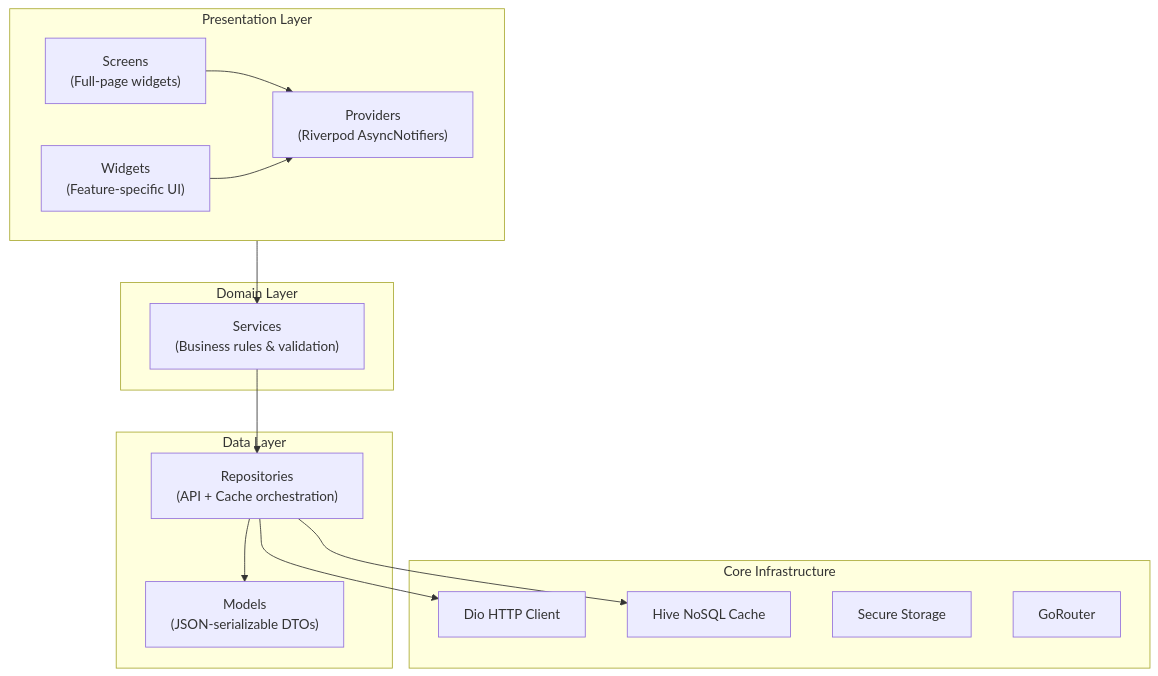
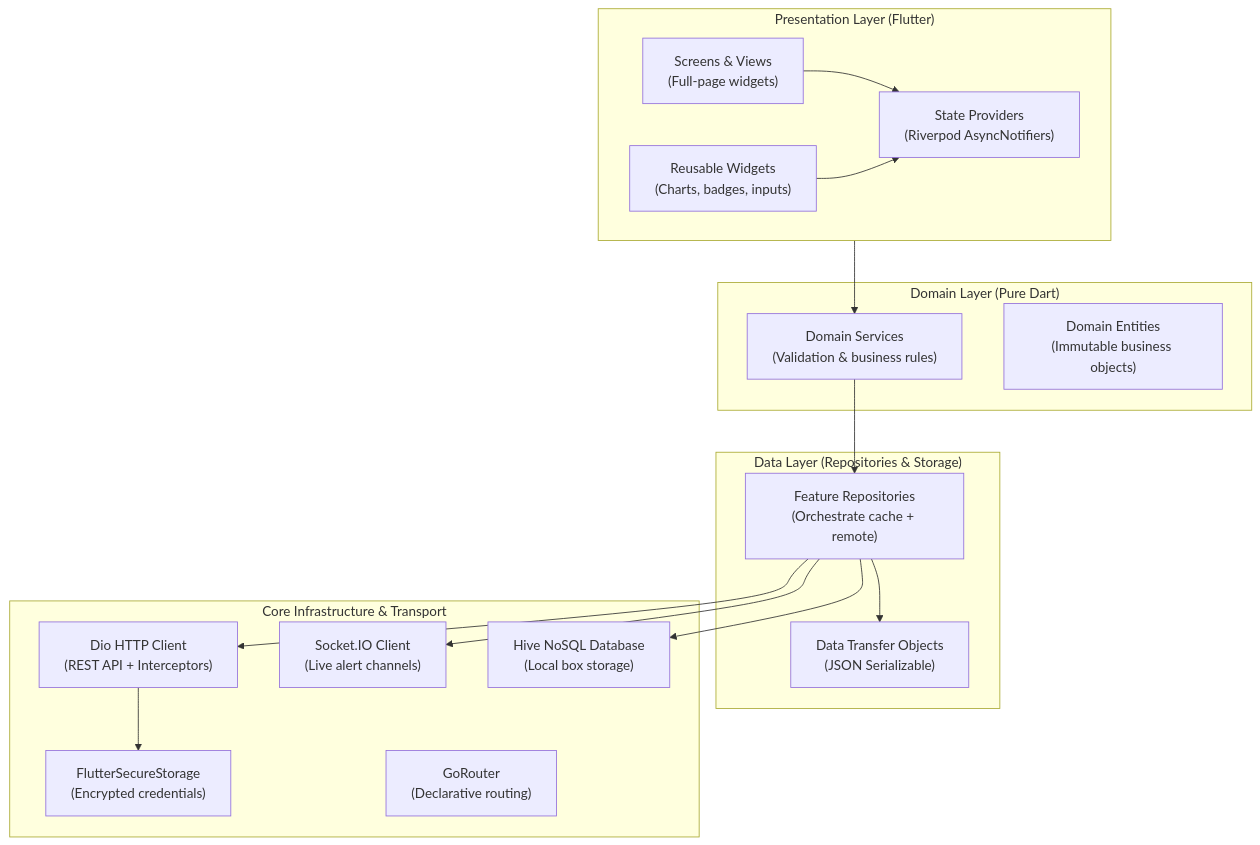
The diagram in docs/ARCHITECTURE_OVERVIEW.md (agrietech/agriEtech-frontend), drawn with Mermaid before and after one commit. The commit also changed other lines of this file and 10 other files, not shown here.

Commit message:
docs: streamline frontend architecture, state management guides, and team matrix

````diff
--- a/docs/ARCHITECTURE_OVERVIEW.md
+++ b/docs/ARCHITECTURE_OVERVIEW.md
@@ -22,33 +19,37 @@
 ```mermaid
 graph TB
-    subgraph Presentation["Presentation Layer"]
+    subgraph Presentation["Presentation Layer (Flutter)"]
         direction LR
-        SC["Screens<br/>(Full-page widgets)"]
-        WG["Widgets<br/>(Feature-specific UI)"]
-        PR["Providers<br/>(Riverpod AsyncNotifiers)"]
+        Screens["Screens & Views<br/>(Full-page widgets)"]
+        Widgets["Reusable Widgets<br/>(Charts, badges, inputs)"]
+        Providers["State Providers<br/>(Riverpod AsyncNotifiers)"]
     end
 
-    subgraph Domain["Domain Layer"]
-        SV["Services<br/>(Business rules & validation)"]
+    subgraph Domain["Domain Layer (Pure Dart)"]
+        Services["Domain Services<br/>(Validation & business rules)"]
+        Entities["Domain Entities<br/>(Immutable business objects)"]
     end
 
-    subgraph Data["Data Layer"]
-        MD["Models<br/>(JSON-serializable DTOs)"]
-        RP["Repositories<br/>(API + Cache orchestration)"]
+    subgraph Data["Data Layer (Repositories & Storage)"]
+        Repositories["Feature Repositories<br/>(Orchestrate cache + remote)"]
+        Models["Data Transfer Objects<br/>(JSON Serializable)"]
     end
 
-    subgraph Infrastructure["Core Infrastructure"]
-        DIO["Dio HTTP Client"]
-        HIV["Hive NoSQL Cache"]
-        SEC["Secure Storage"]
-        RTR["GoRouter"]
+    subgraph Infrastructure["Core Infrastructure & Transport"]
+        DioClient["Dio HTTP Client<br/>(REST API + Interceptors)"]
+        SocketIO["Socket.IO Client<br/>(Live alert channels)"]
+        HiveStorage["Hive NoSQL Database<br/>(Local box storage)"]
+        SecureStore["FlutterSecureStorage<br/>(Encrypted credentials)"]
+        Router["GoRouter<br/>(Declarative routing)"]
     end
 
-    SC --> PR
-    WG --> PR
-    PR --> SV
-    SV --> RP
-    RP --> MD
-    RP --> DIO
-    RP --> HIV
+    Screens --> Providers
+    Widgets --> Providers
+    Providers --> Services
+    Services --> Repositories
+    Repositories --> Models
+    Repositories --> DioClient
+    Repositories --> HiveStorage
+    Repositories --> SocketIO
+    DioClient --> SecureStore
 ```
````
